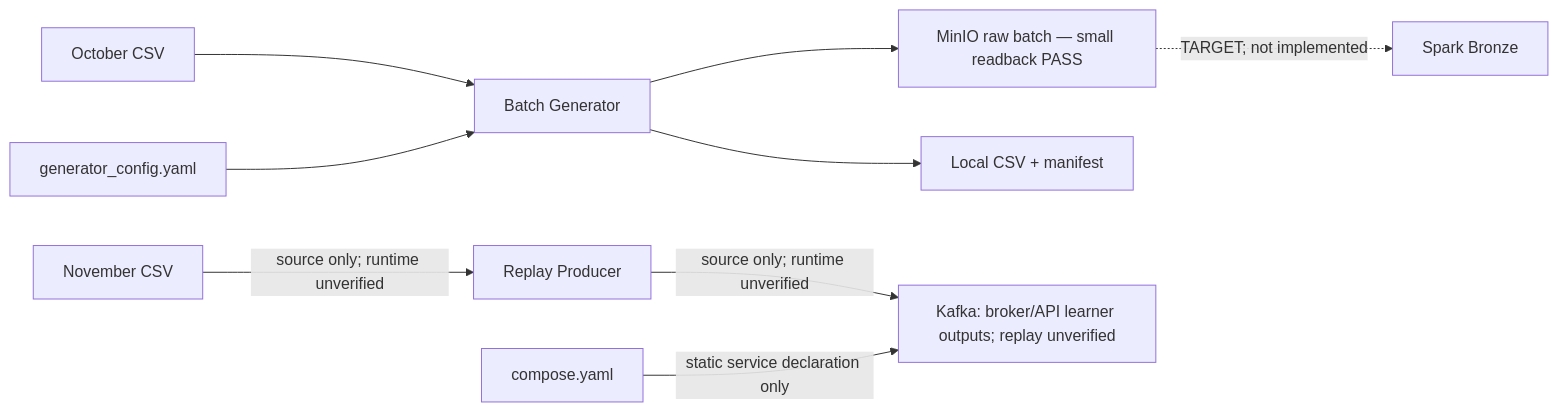
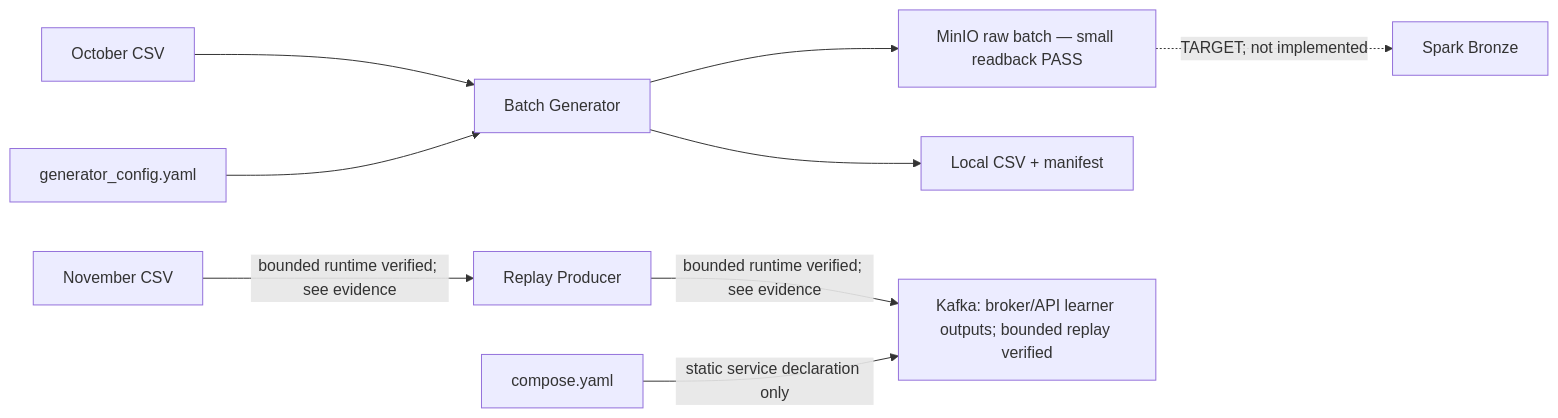
The first of 2 diagrams in DATA_CONTRACT.md (nhannhan2201/ecom_ML_system-), drawn with Mermaid before and after one commit. The commit also changed other lines of this file and 6 other files, not shown here.

Commit message:
docs: record bounded Kafka replay and recovery evidence

````diff
--- a/DATA_CONTRACT.md
+++ b/DATA_CONTRACT.md
@@ -242,11 +242,11 @@
 ```mermaid
 flowchart LR
   CSV["October CSV"] --> BG["Batch Generator"]
   CFG["generator_config.yaml"] --> BG
   BG --> RAW["MinIO raw batch — small readback PASS"]
   BG --> LOCAL["Local CSV + manifest"]
   RAW -. "TARGET; not implemented" .-> BR["Spark Bronze"]
-  NOV["November CSV"] -->|"source only; runtime unverified"| RP["Replay Producer"]
-  RP -->|"source only; runtime unverified"| K["Kafka: broker/API learner outputs; replay unverified"]
+  NOV["November CSV"] -->|"bounded runtime verified; see evidence"| RP["Replay Producer"]
+  RP -->|"bounded runtime verified; see evidence"| K["Kafka: broker/API learner outputs; bounded replay verified"]
   COMPOSE["compose.yaml"] -->|"static service declaration only"| K
 ```
````
